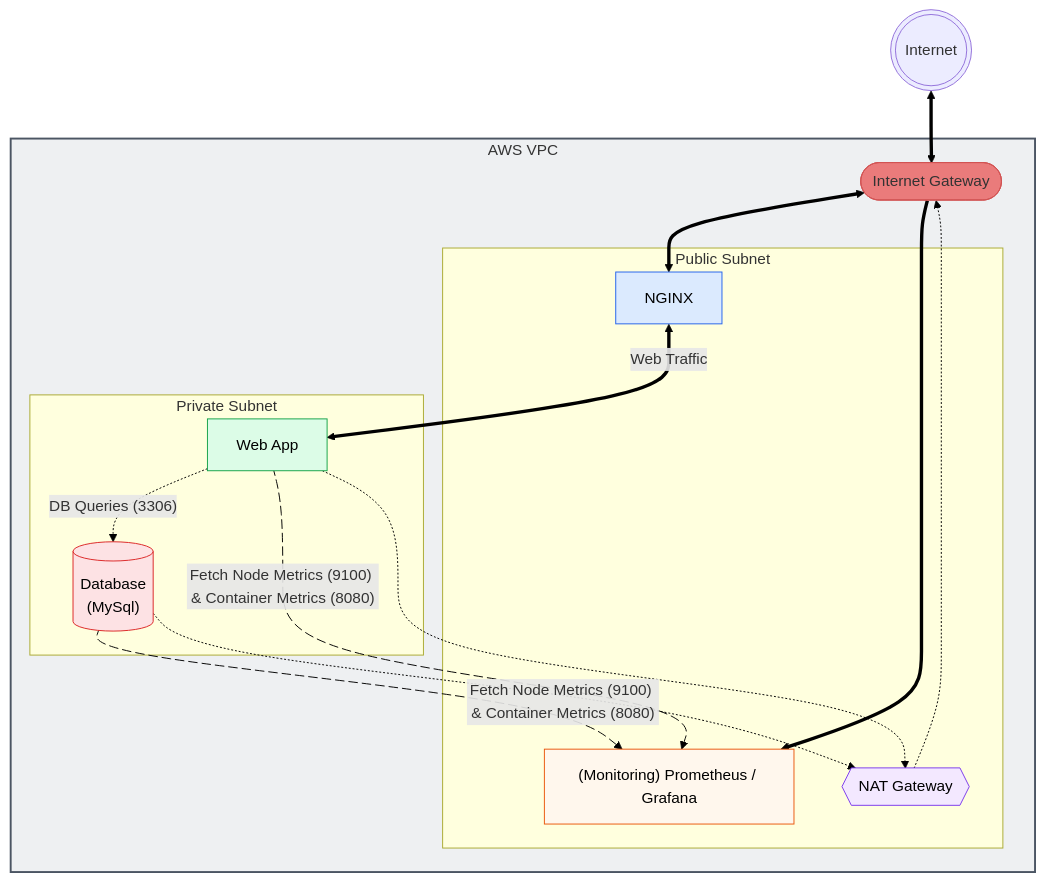
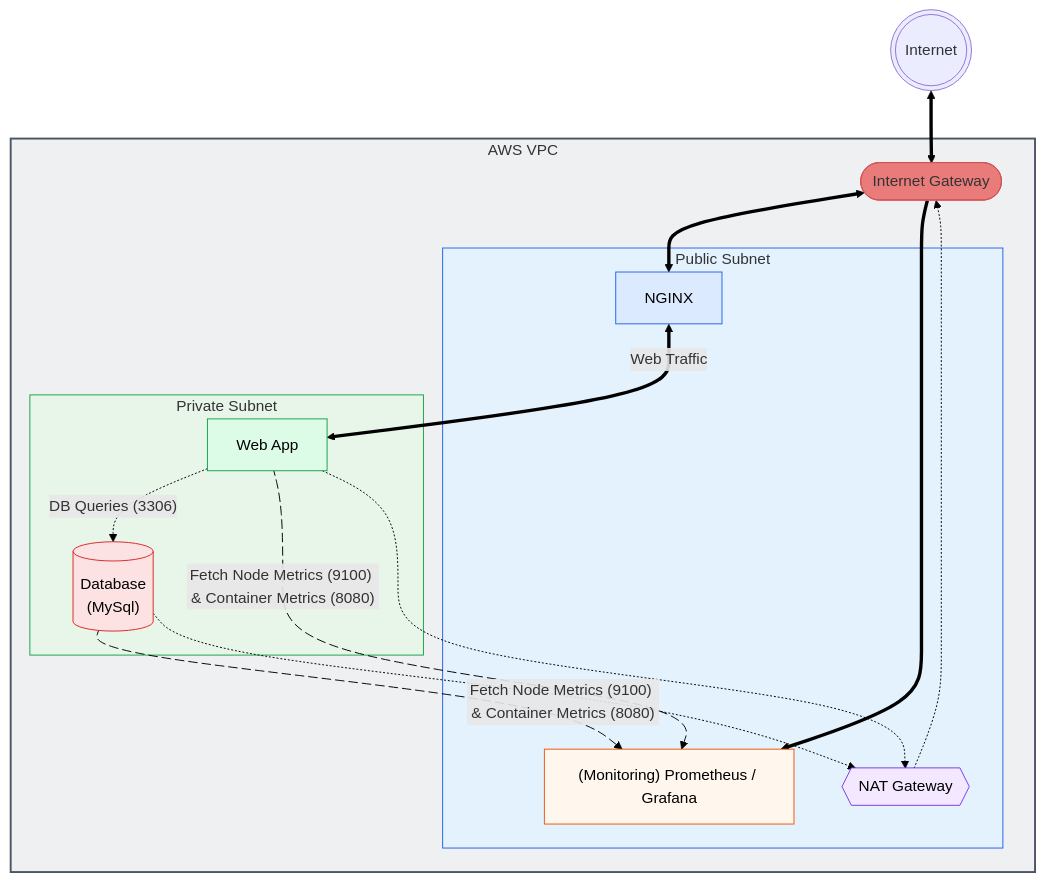
The diagram in README.md (Jazzar101/learning-terraform-3087701), drawn with Mermaid before and after one commit.

````diff
--- a/README.md
+++ b/README.md
@@ -6,54 +6,56 @@
 ```mermaid
 flowchart TB
     Internet(((Internet)))
     subgraph VPC[AWS VPC]
         IGW([Internet Gateway])
         subgraph PublicSubnet[Public Subnet]
             NAT{{NAT Gateway}}
             NGINX[NGINX]
             Monitoring["(Monitoring) Prometheus / Grafana"]
         end
 
         subgraph PrivateSubnet[Private Subnet]
             App[Web App]
             DB[("Database\n(MySql)")]
         end
     end
 
     Internet <==> IGW
     IGW <==> NGINX
     NGINX <==>|Web Traffic| App
     App -.->|"DB Queries (3306)"| DB
     IGW ==> Monitoring
 
     App metricsApp@-->|"Fetch Node Metrics (9100) & Container Metrics (8080)"| Monitoring
     DB metricsDB@-->|"Fetch Node Metrics (9100) & Container Metrics (8080)"| Monitoring
 
     App -.-> NAT
     DB -.-> NAT
     NAT -.-> IGW
     
     metricsApp@{ animation: slow }    
     metricsDB@{ animation: slow }
 
     %% Node-only styling (GitHub safe)
     classDef ingress fill:#dbeafe,stroke:#2563eb,color:#000000
     classDef monitoring fill:#fff7ed,stroke:#ea580c,color:#000000
     classDef nat fill:#f3e8ff,stroke:#7c3aed,color:#000000
     classDef app fill:#dcfce7,stroke:#16a34a,color:#000000
     classDef db fill:#fde2e4,stroke:#dc2626,color:#000000
     classDef igw fill:#EA7B7B,stroke:#D25353,color:#00000
     classDef PublicSubnet fill:#e3f2fd,stroke:#2563eb
     classDef PrivateSubnet fill:#e8f5e9,stroke:#16a34a
 
     style VPC fill:#eef0f2,stroke:#4b5563,stroke-width:2px
+    style PublicSubnet fill:#e3f2fd,stroke:#2563eb
+    style PrivateSubnet fill:#e8f5e9,stroke:#16a34a
  
     linkStyle default stroke:#000
 
     class NGINX ingress
     class Monitoring monitoring
     class NAT nat
     class App app
     class DB db
     class IGW igw
 ```
````
